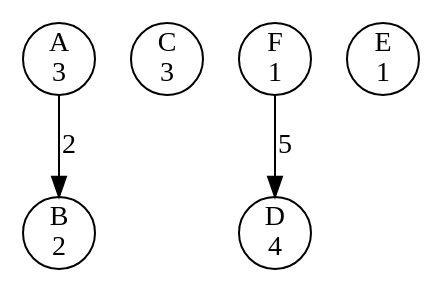
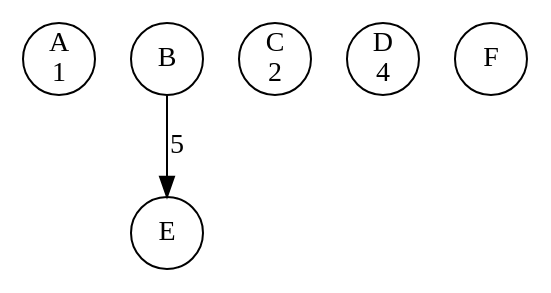
Before and after one commit to li23179/GO: the diagram in concurrency-lab-2/bank/out/0000000009.gv, drawn with Graphviz. The commit also changed 76 other files, not shown here.

```diff
--- a/concurrency-lab-2/bank/out/0000000009.gv
+++ b/concurrency-lab-2/bank/out/0000000009.gv
@@ -1,10 +1,9 @@
 digraph bank {
-	 0 [label= "A\n3" , pos= "1,0!" , shape=circle, fixedsize=true, width=0.5 ]
-	 1 [label= "B\n2" , pos= "0,1!" , shape=circle, fixedsize=true, width=0.5 ]
-	 2 [label= "C\n3" , pos= "1,2!" , shape=circle, fixedsize=true, width=0.5 ]
+	 0 [label= "A\n1" , pos= "1,0!" , shape=circle, fixedsize=true, width=0.5 ]
+	 1 [label= "B\n" , pos= "0,1!" , shape=circle, fixedsize=true, width=0.5 ]
+	 2 [label= "C\n2" , pos= "1,2!" , shape=circle, fixedsize=true, width=0.5 ]
 	 3 [label= "D\n4" , pos= "2,2!" , shape=circle, fixedsize=true, width=0.5 ]
-	 4 [label= "E\n1" , pos= "3,1!" , shape=circle, fixedsize=true, width=0.5 ]
-	 5 [label= "F\n1" , pos= "2,0!" , shape=circle, fixedsize=true, width=0.5 ]
-	 "5" -> "3" [label= "5" ]
-	 "0" -> "1" [label= "2" ]
+	 4 [label= "E\n" , pos= "3,1!" , shape=circle, fixedsize=true, width=0.5 ]
+	 5 [label= "F\n" , pos= "2,0!" , shape=circle, fixedsize=true, width=0.5 ]
+	 "1" -> "4" [label= "5" ]
 }
```
